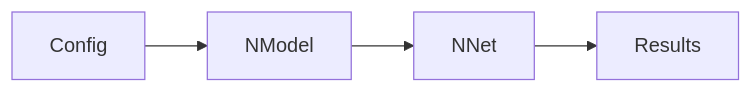
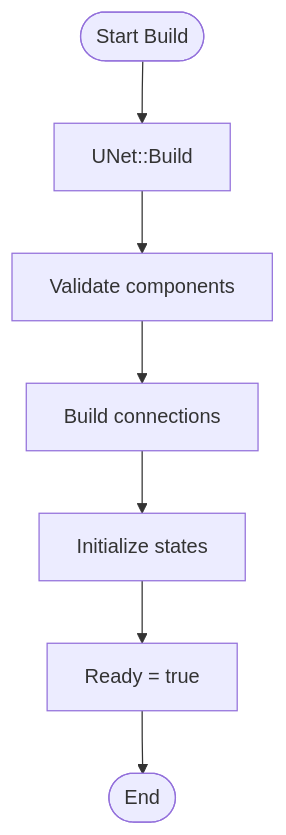
One commit to aicommunity/Nmsdk-PulseLib changed the ninth of 10 diagrams in Docs/Components/NModel.md. Above: the diagram before and after it, drawn with Mermaid. The commit also changed other lines of this file and 196 other files, not shown here.

````diff
--- a/Docs/Components/NModel.md
+++ b/Docs/Components/NModel.md
@@ -79,6 +356,9 @@
 ```mermaid
-flowchart LR
-    cfg[Config] --> m[NModel]
-    m --> net[NNet]
-    net --> out[Results]
+flowchart TD
+    Start([Start Build]) --> CallBaseBuild[UNet::Build]
+    CallBaseBuild --> ValidateComponents[Validate components]
+    ValidateComponents --> BuildConnections[Build connections]
+    BuildConnections --> InitializeStates[Initialize states]
+    InitializeStates --> SetReady[Ready = true]
+    SetReady --> End([End])
 ```
````
